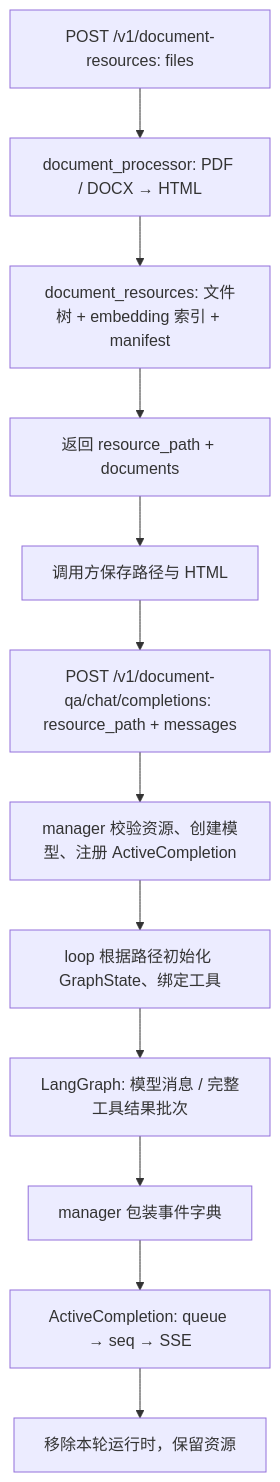
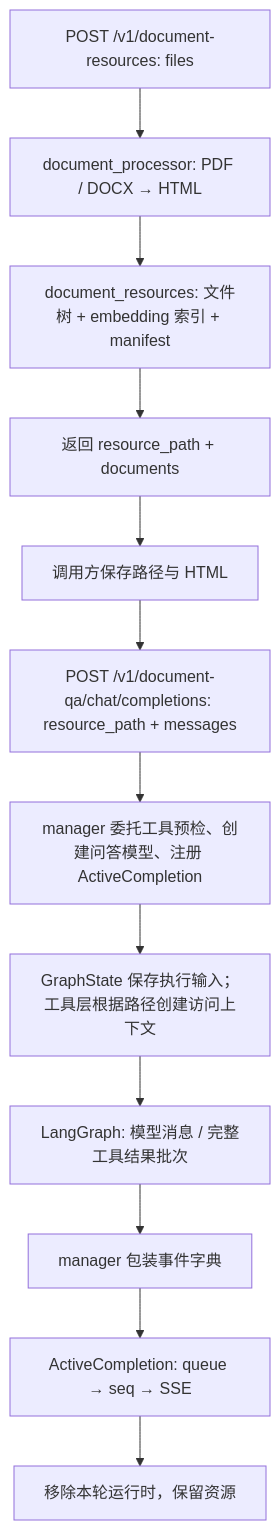
One commit to ADChahaha/TraceAgent changed the first of 2 diagrams in agent/service/file_extraction_agent/docs/flowchart.md. Above: the diagram before and after it, drawn with Mermaid. The commit also changed 36 other files, not shown here.

````diff
--- a/agent/service/file_extraction_agent/docs/flowchart.md
+++ b/agent/service/file_extraction_agent/docs/flowchart.md
@@ -5,14 +5,14 @@
 ```mermaid
 flowchart TD
     A["POST /v1/document-resources: files"] --> B["document_processor: PDF / DOCX → HTML"]
     B --> C["document_resources: 文件树 + embedding 索引 + manifest"]
     C --> D["返回 resource_path + documents"]
     D --> E["调用方保存路径与 HTML"]
     E --> F["POST /v1/document-qa/chat/completions: resource_path + messages"]
-    F --> G["manager 校验资源、创建模型、注册 ActiveCompletion"]
-    G --> H["loop 根据路径初始化 GraphState、绑定工具"]
+    F --> G["manager 委托工具预检、创建问答模型、注册 ActiveCompletion"]
+    G --> H["GraphState 保存执行输入；工具层根据路径创建访问上下文"]
     H --> I["LangGraph: 模型消息 / 完整工具结果批次"]
     I --> J["manager 包装事件字典"]
     J --> K["ActiveCompletion: queue → seq → SSE"]
     K --> L["移除本轮运行时，保留资源"]
 ```
````
